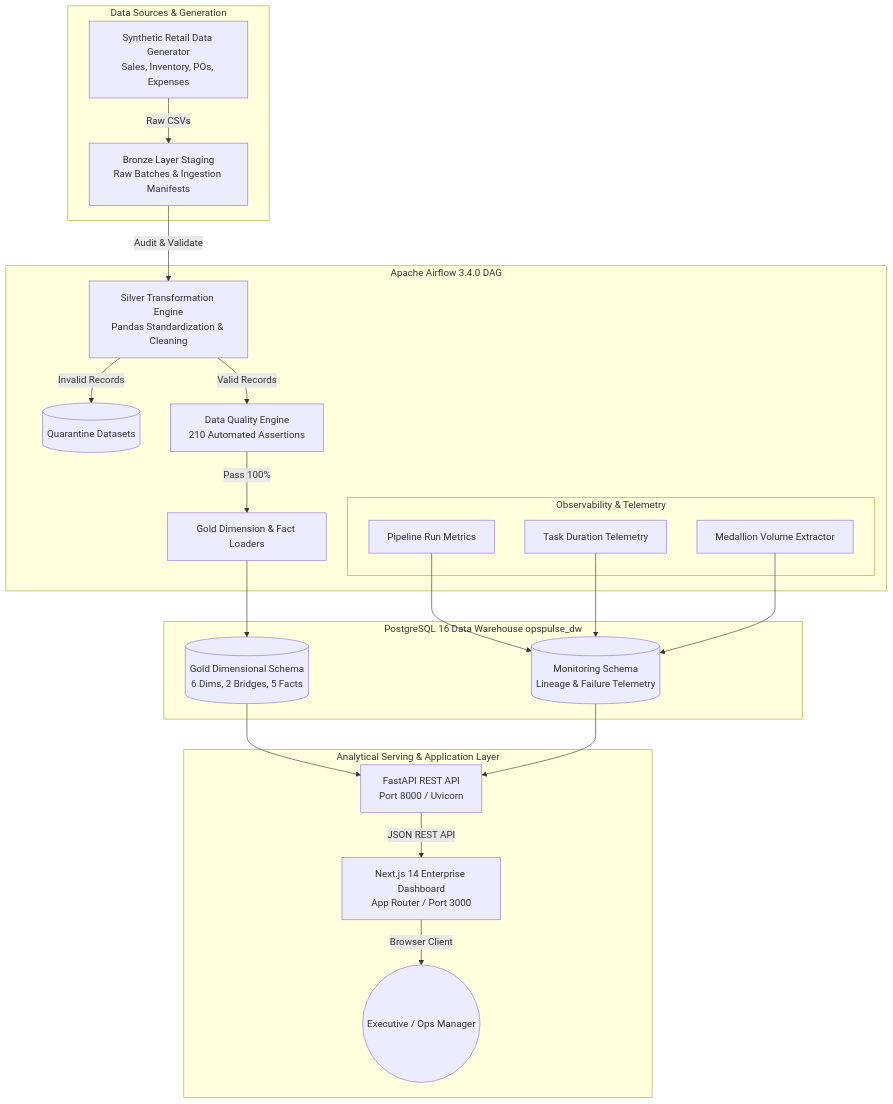
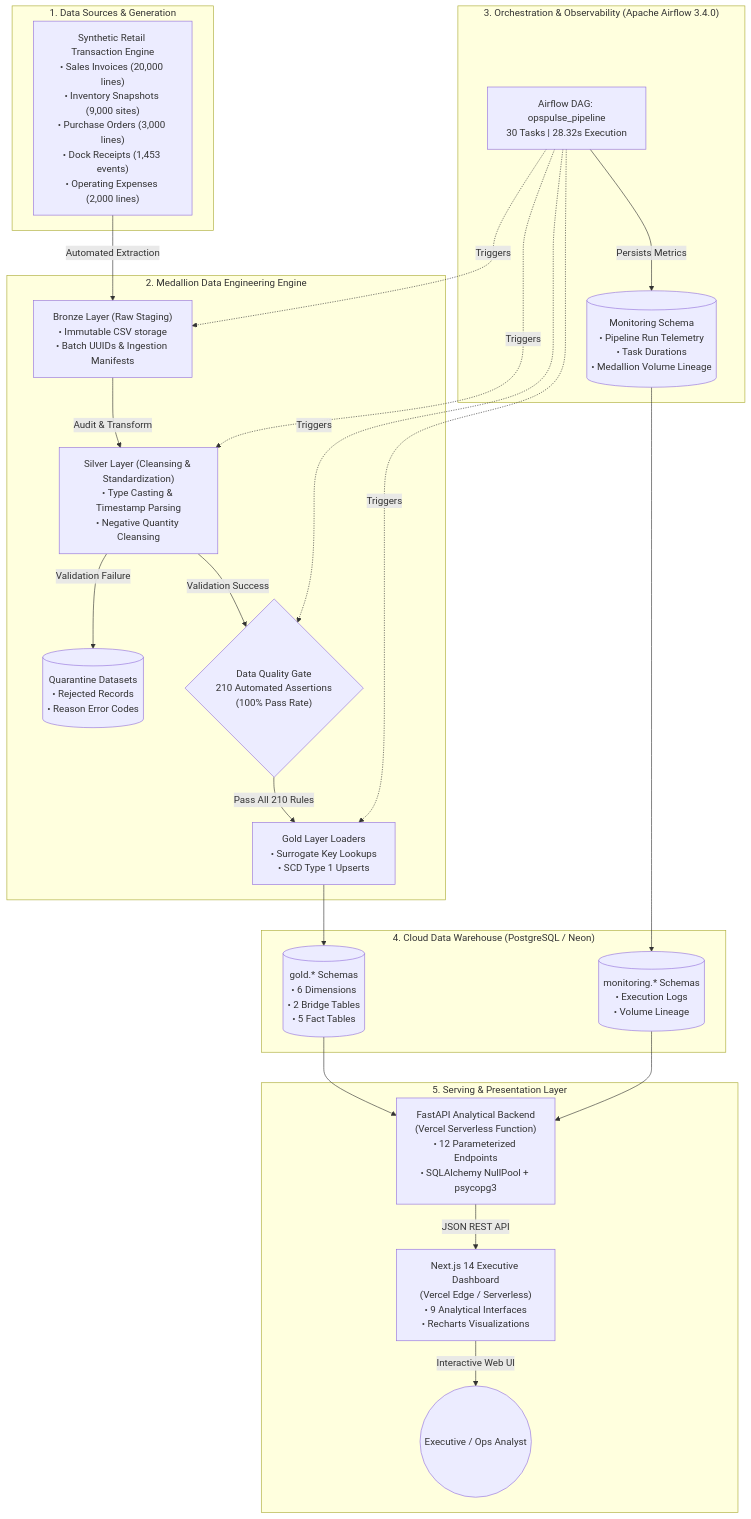
The diagram in README.md (tharwat-farag/OpsPulse), drawn with Mermaid before and after one commit. The commit also changed other lines of this file and 9 other files, not shown here.

````diff
--- a/README.md
+++ b/README.md
@@ -36,33 +109,46 @@
 ```mermaid
 flowchart TD
-    subgraph Data Sources [Data Sources & Generation]
-        RAW[Synthetic Retail Data Generator<br/>Sales, Inventory, POs, Expenses] -->|Raw CSVs| BRONZE[Bronze Layer Staging<br/>Raw Batches & Ingestion Manifests]
+    subgraph Sourcing ["1. Data Sources & Generation"]
+        SRC["Synthetic Retail Transaction Engine<br/>• Sales Invoices (20,000 lines)<br/>• Inventory Snapshots (9,000 sites)<br/>• Purchase Orders (3,000 lines)<br/>• Dock Receipts (1,453 events)<br/>• Operating Expenses (2,000 lines)"]
     end
 
-    subgraph Orchestration [Apache Airflow 3.4.0 DAG]
-        BRONZE -->|Audit & Validate| SILVER[Silver Transformation Engine<br/>Pandas Standardization & Cleaning]
-        SILVER -->|Invalid Records| QUARANTINE[(Quarantine Datasets)]
-        SILVER -->|Valid Records| DQ_GATE[Data Quality Engine<br/>210 Automated Assertions]
-        DQ_GATE -->|Pass 100%| GOLD_LOAD[Gold Dimension & Fact Loaders]
-        
-        subgraph Observability [Observability & Telemetry]
-            AIRFLOW_METRICS[Pipeline Run Metrics]
-            TASK_METRICS[Task Duration Telemetry]
-            VOL_LINEAGE[Medallion Volume Extractor]
-        end
+    subgraph Medallion ["2. Medallion Data Engineering Engine"]
+        BRONZE["Bronze Layer (Raw Staging)<br/>• Immutable CSV storage<br/>• Batch UUIDs & Ingestion Manifests"]
+        SILVER["Silver Layer (Cleansing & Standardization)<br/>• Type Casting & Timestamp Parsing<br/>• Negative Quantity Cleansing"]
+        QUARANTINE[("Quarantine Datasets<br/>• Rejected Records<br/>• Reason Error Codes")]
+        DQ_GATE{"Data Quality Gate<br/>210 Automated Assertions<br/>(100% Pass Rate)"}
+        GOLD["Gold Layer Loaders<br/>• Surrogate Key Lookups<br/>• SCD Type 1 Upserts"]
+
+        SRC -->|Automated Extraction| BRONZE
+        BRONZE -->|Audit & Transform| SILVER
+        SILVER -->|Validation Failure| QUARANTINE
+        SILVER -->|Validation Success| DQ_GATE
+        DQ_GATE -->|Pass All 210 Rules| GOLD
     end
 
-    subgraph Warehouse [PostgreSQL 16 Data Warehouse opspulse_dw]
-        GOLD_LOAD --> GOLD_SCHEMA[(Gold Dimensional Schema<br/>6 Dims, 2 Bridges, 5 Facts)]
-        AIRFLOW_METRICS --> MON_SCHEMA[(Monitoring Schema<br/>Lineage & Failure Telemetry)]
-        TASK_METRICS --> MON_SCHEMA
-        VOL_LINEAGE --> MON_SCHEMA
+    subgraph Orchestration ["3. Orchestration & Observability (Apache Airflow 3.4.0)"]
+        DAG["Airflow DAG: opspulse_pipeline<br/>30 Tasks | 28.32s Execution"]
+        DAG -.->|Triggers| BRONZE
+        DAG -.->|Triggers| SILVER
+        DAG -.->|Triggers| DQ_GATE
+        DAG -.->|Triggers| GOLD
+        TELEMETRY[("Monitoring Schema<br/>• Pipeline Run Telemetry<br/>• Task Durations<br/>• Medallion Volume Lineage")]
+        DAG -->|Persists Metrics| TELEMETRY
     end
 
-    subgraph Serving [Analytical Serving & Application Layer]
-        GOLD_SCHEMA --> FASTAPI[FastAPI REST API<br/>Port 8000 / Uvicorn]
-        MON_SCHEMA --> FASTAPI
-        FASTAPI -->|JSON REST API| NEXTJS[Next.js 14 Enterprise Dashboard<br/>App Router / Port 3000]
-        NEXTJS -->|Browser Client| USER((Executive / Ops Manager))
+    subgraph Storage ["4. Cloud Data Warehouse (PostgreSQL / Neon)"]
+        GOLD --> DW_GOLD[("gold.* Schemas<br/>• 6 Dimensions<br/>• 2 Bridge Tables<br/>• 5 Fact Tables")]
+        TELEMETRY --> DW_MON[("monitoring.* Schemas<br/>• Execution Logs<br/>• Volume Lineage")]
+    end
+
+    subgraph Serving ["5. Serving & Presentation Layer"]
+        FASTAPI["FastAPI Analytical Backend<br/>(Vercel Serverless Function)<br/>• 12 Parameterized Endpoints<br/>• SQLAlchemy NullPool + psycopg3"]
+        NEXTJS["Next.js 14 Executive Dashboard<br/>(Vercel Edge / Serverless)<br/>• 9 Analytical Interfaces<br/>• Recharts Visualizations"]
+        CLIENT(("Executive / Ops Analyst"))
+
+        DW_GOLD --> FASTAPI
+        DW_MON --> FASTAPI
+        FASTAPI -->|JSON REST API| NEXTJS
+        NEXTJS -->|Interactive Web UI| CLIENT
     end
 ```
````
